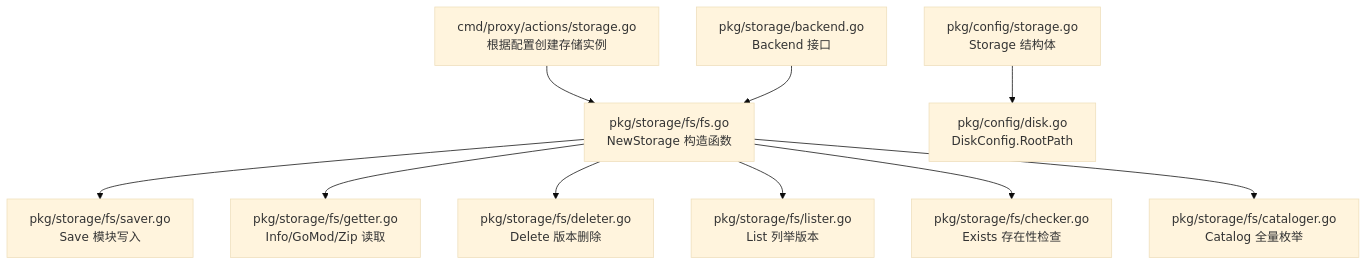
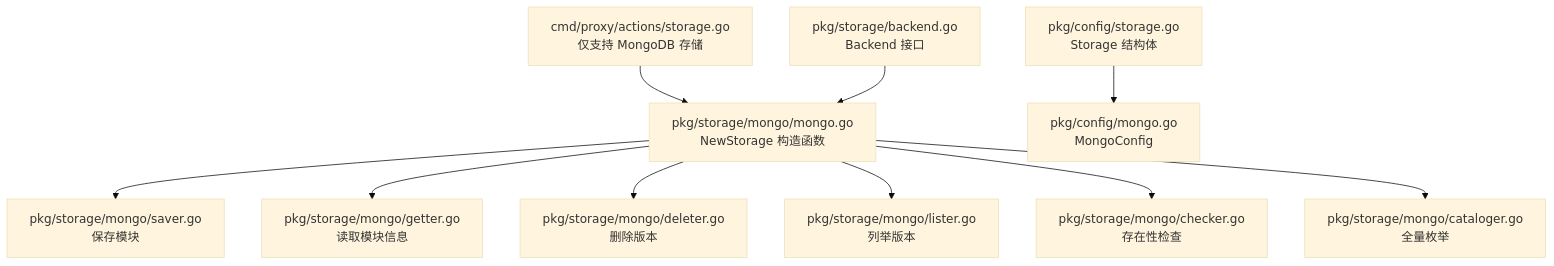
One commit to leimeng-go/athens changed the first of 4 diagrams in .qoder/repowiki/zh/content/配置参考/存储后端配置/文件系统存储配置.md. Above: the diagram before and after it, drawn with Mermaid (base theme). The commit also changed other lines of this file and 14 other files, not shown here.

````diff
--- a/.qoder/repowiki/zh/content/配置参考/存储后端配置/文件系统存储配置.md
+++ b/.qoder/repowiki/zh/content/配置参考/存储后端配置/文件系统存储配置.md
@@ -46,12 +43,12 @@
 ```mermaid
 graph TB
-A["cmd/proxy/actions/storage.go<br/>根据配置创建存储实例"] --> B["pkg/storage/fs/fs.go<br/>NewStorage 构造函数"]
-B --> C["pkg/storage/fs/saver.go<br/>Save 模块写入"]
-B --> D["pkg/storage/fs/getter.go<br/>Info/GoMod/Zip 读取"]
-B --> E["pkg/storage/fs/deleter.go<br/>Delete 版本删除"]
-B --> F["pkg/storage/fs/lister.go<br/>List 列举版本"]
-B --> G["pkg/storage/fs/checker.go<br/>Exists 存在性检查"]
-B --> H["pkg/storage/fs/cataloger.go<br/>Catalog 全量枚举"]
-I["pkg/config/storage.go<br/>Storage 结构体"] --> J["pkg/config/disk.go<br/>DiskConfig.RootPath"]
+A["cmd/proxy/actions/storage.go<br/>仅支持 MongoDB 存储"] --> B["pkg/storage/mongo/mongo.go<br/>NewStorage 构造函数"]
+B --> C["pkg/storage/mongo/saver.go<br/>保存模块"]
+B --> D["pkg/storage/mongo/getter.go<br/>读取模块信息"]
+B --> E["pkg/storage/mongo/deleter.go<br/>删除版本"]
+B --> F["pkg/storage/mongo/lister.go<br/>列举版本"]
+B --> G["pkg/storage/mongo/checker.go<br/>存在性检查"]
+B --> H["pkg/storage/mongo/cataloger.go<br/>全量枚举"]
+I["pkg/config/storage.go<br/>Storage 结构体"] --> J["pkg/config/mongo.go<br/>MongoConfig"]
 K["pkg/storage/backend.go<br/>Backend 接口"] --> B
 ```
````
